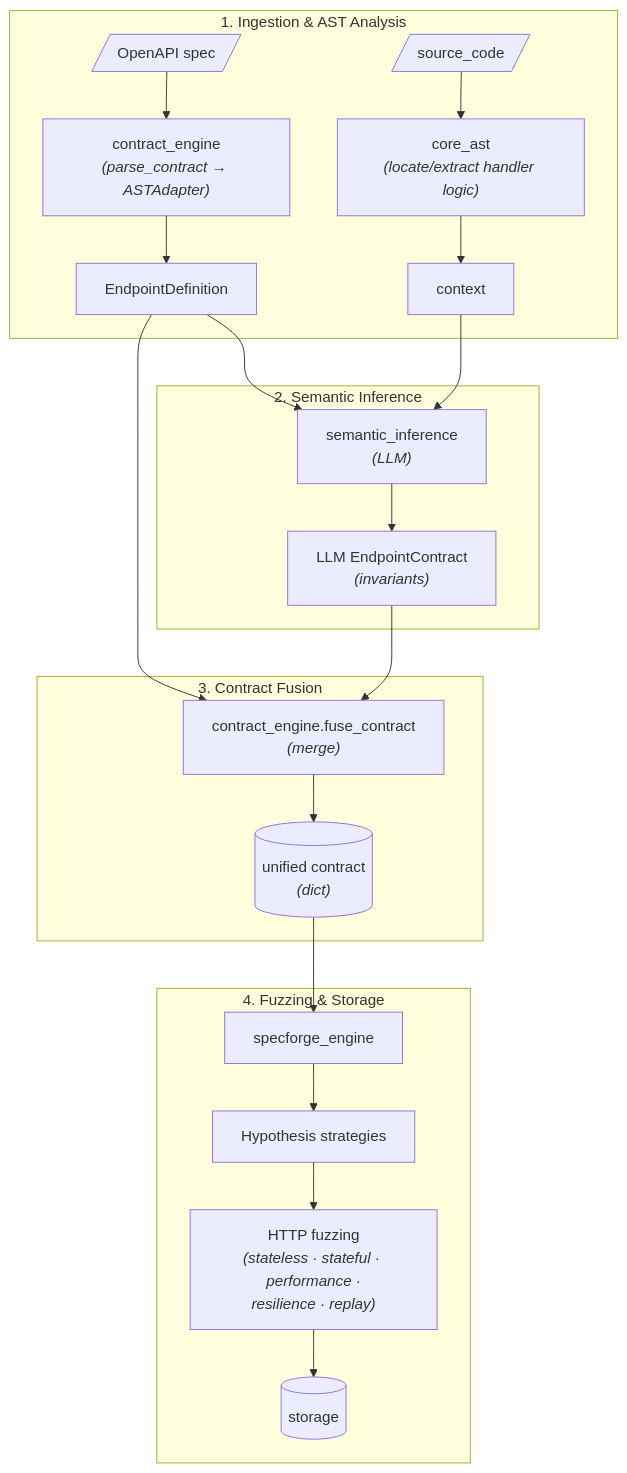
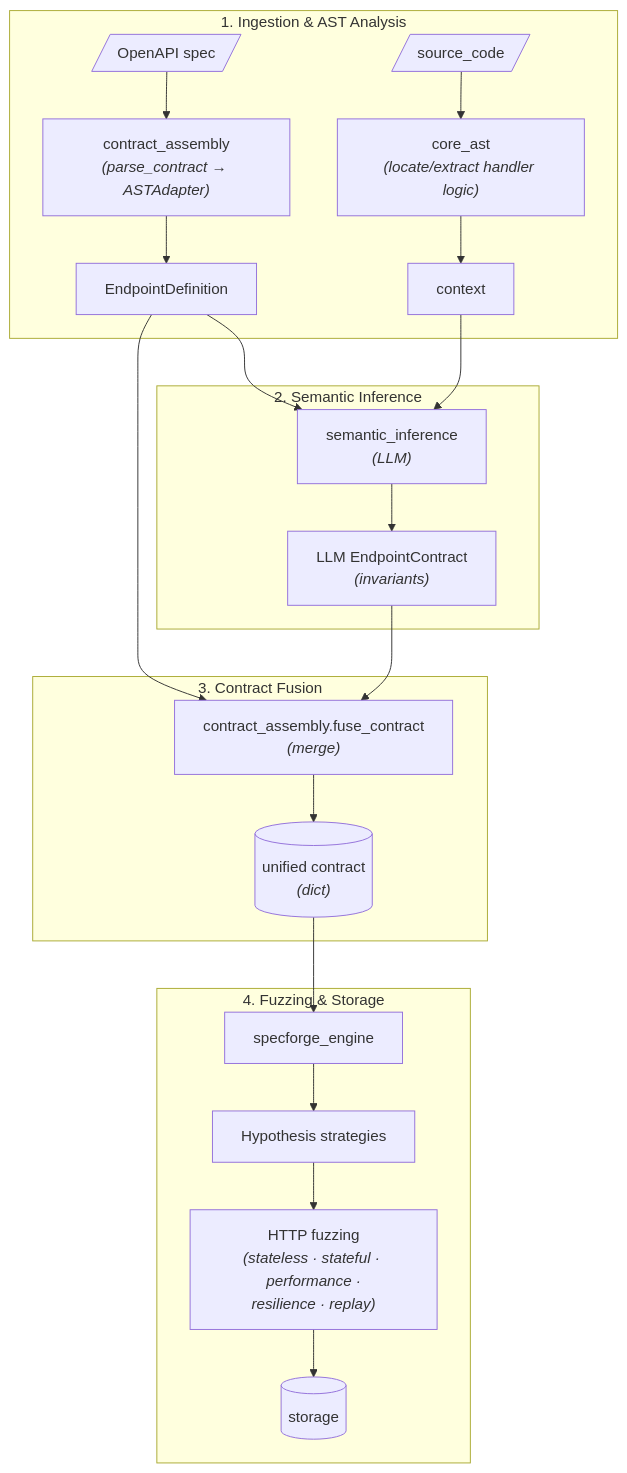
The diagram in docs/architecture/overview.md (Spec-Forge-Testing/specforge-docs), drawn with Mermaid before and after one commit. The commit also changed other lines of this file and 22 other files, not shown here.

Commit message:
docs(contract-assembly): the contract section is contract-assembly and ADR-064 records the rename

````diff
--- a/docs/architecture/overview.md
+++ b/docs/architecture/overview.md
@@ -19,29 +19,29 @@
 ```mermaid
 flowchart TD
     subgraph Ingestion ["1. Ingestion & AST Analysis"]
-        O[/OpenAPI spec/] --> CE["contract_engine<br/><i>(parse_contract → ASTAdapter)</i>"]
+        O[/OpenAPI spec/] --> CE["contract_assembly<br/><i>(parse_contract → ASTAdapter)</i>"]
         CE --> ED["EndpointDefinition"]
         
         S[/source_code/] --> CA["core_ast<br/><i>(locate/extract handler logic)</i>"]
         CA --> CTX["context"]
     end
 
     subgraph Inference ["2. Semantic Inference"]
         ED --> SI["semantic_inference<br/><i>(LLM)</i>"]
         CTX --> SI
         SI --> EC["LLM EndpointContract<br/><i>(invariants)</i>"]
     end
 
     subgraph Fusion ["3. Contract Fusion"]
-        ED --> FC["contract_engine.fuse_contract<br/><i>(merge)</i>"]
+        ED --> FC["contract_assembly.fuse_contract<br/><i>(merge)</i>"]
         EC --> FC
         FC --> UC[("unified contract<br/><i>(dict)</i>")]
     end
 
     subgraph Execution ["4. Fuzzing & Storage"]
         UC --> CS["specforge_engine"]
         CS --> HS["Hypothesis strategies"]
         HS --> HF["HTTP fuzzing<br/><i>(stateless · stateful · performance ·<br/>resilience · replay)</i>"]
         HF --> ST[(storage)]
     end
 ```
````
